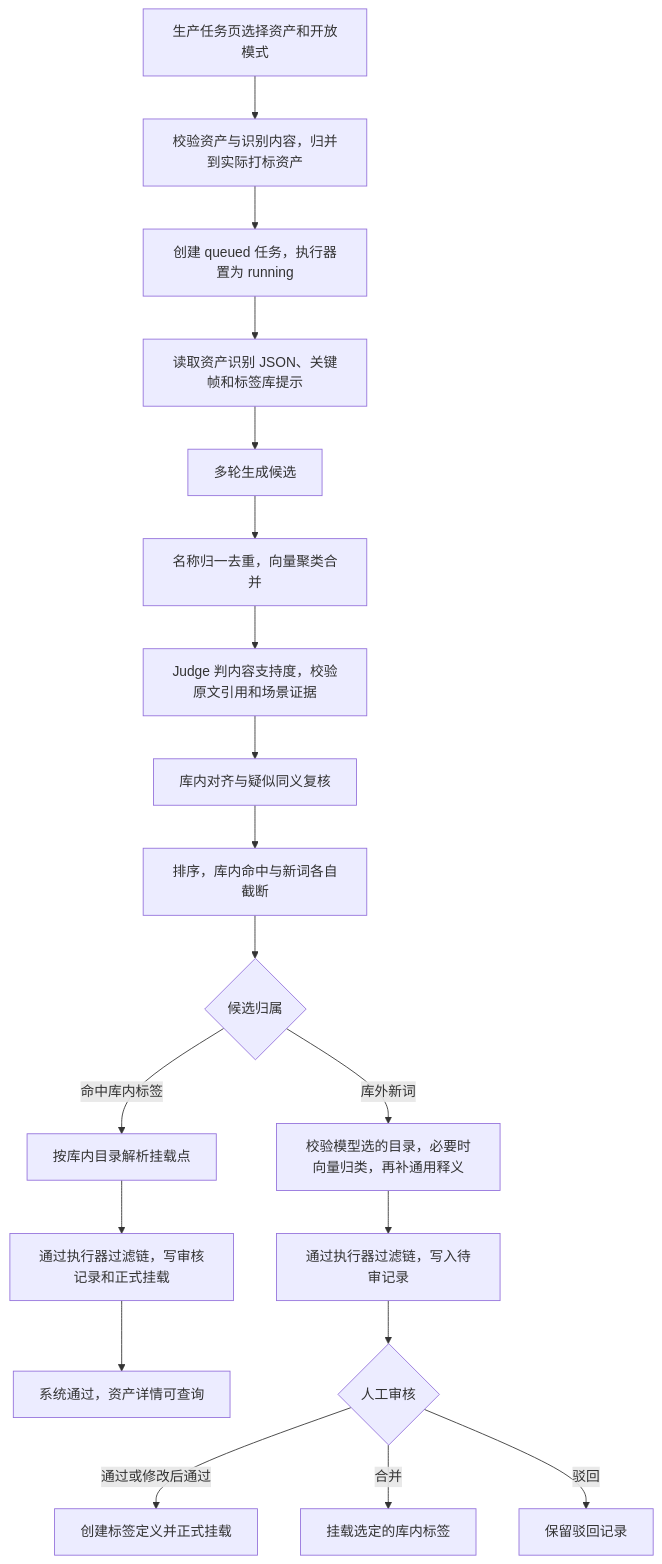
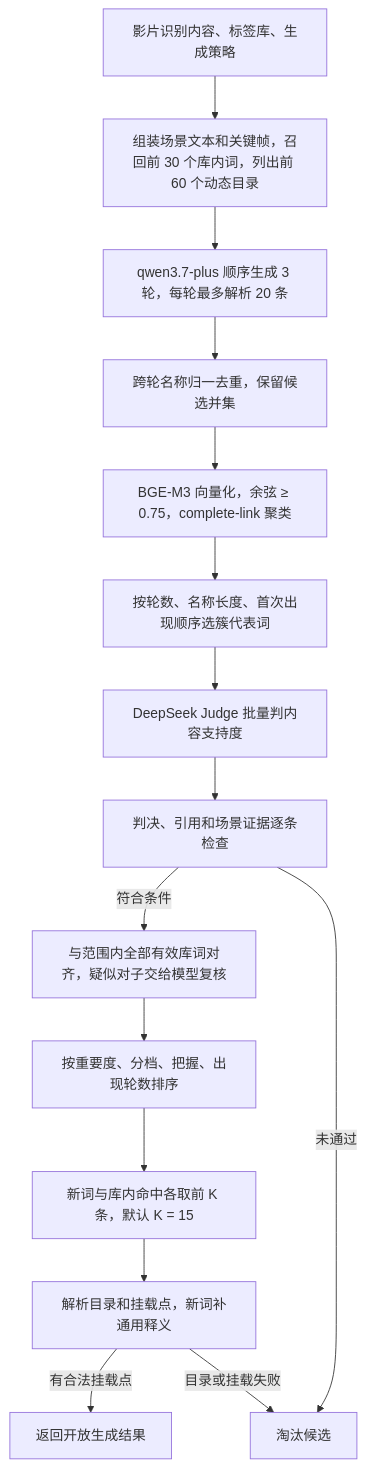
Before and after one commit to morning-gu/intelligent-tag-platform: the first of 3 diagrams in docs/open-tag-generation.md, drawn with Mermaid. The commit also changed other lines of this file, not shown here.

Commit message:
细化开放标签生成算法与流程图

````diff
--- a/docs/open-tag-generation.md
+++ b/docs/open-tag-generation.md
@@ -7,21 +7,17 @@
 ```mermaid
 flowchart TD
-    A["生产任务页选择资产和开放模式"] --> B["校验资产与识别内容，归并到实际打标资产"]
-    B --> C["创建 queued 任务，执行器置为 running"]
-    C --> D["读取资产识别 JSON、关键帧和标签库提示"]
-    D --> E["多轮生成候选"]
-    E --> F["名称归一去重，向量聚类合并"]
-    F --> G["Judge 判内容支持度，校验原文引用和场景证据"]
-    G --> H["库内对齐与疑似同义复核"]
-    H --> I["排序，库内命中与新词各自截断"]
-    I --> J{"候选归属"}
-    J -->|命中库内标签| K["按库内目录解析挂载点"]
-    J -->|库外新词| L["校验模型选的目录，必要时向量归类，再补通用释义"]
-    K --> M["通过执行器过滤链，写审核记录和正式挂载"]
-    L --> N["通过执行器过滤链，写入待审记录"]
-    M --> O["系统通过，资产详情可查询"]
-    N --> P{"人工审核"}
-    P -->|通过或修改后通过| Q["创建标签定义并正式挂载"]
-    P -->|合并| R["挂载选定的库内标签"]
-    P -->|驳回| S["保留驳回记录"]
+    A["影片识别内容、标签库、生成策略"] --> B["组装场景文本和关键帧，召回前 30 个库内词，列出前 60 个动态目录"]
+    B --> C["qwen3.7-plus 顺序生成 3 轮，每轮最多解析 20 条"]
+    C --> D["跨轮名称归一去重，保留候选并集"]
+    D --> E["BGE-M3 向量化，余弦 ≥ 0.75，complete-link 聚类"]
+    E --> F["按轮数、名称长度、首次出现顺序选簇代表词"]
+    F --> G["DeepSeek Judge 批量判内容支持度"]
+    G --> H["判决、引用和场景证据逐条检查"]
+    H -->|符合条件| I["与范围内全部有效库词对齐，疑似对子交给模型复核"]
+    H -->|未通过| X["淘汰候选"]
+    I --> J["按重要度、分档、把握、出现轮数排序"]
+    J --> K["新词与库内命中各取前 K 条，默认 K = 15"]
+    K --> L["解析目录和挂载点，新词补通用释义"]
+    L -->|有合法挂载点| M["返回开放生成结果"]
+    L -->|目录或挂载失败| X
 ```
````
